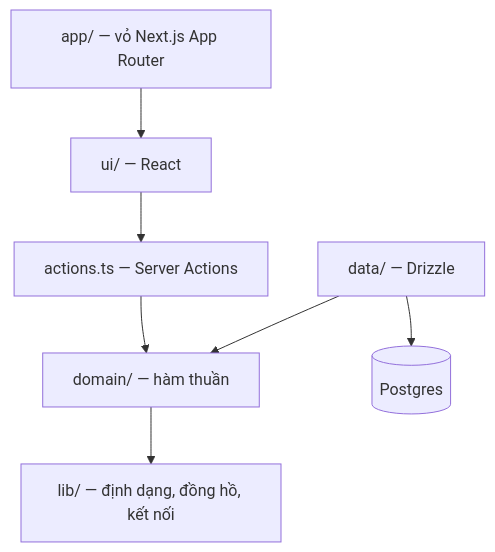
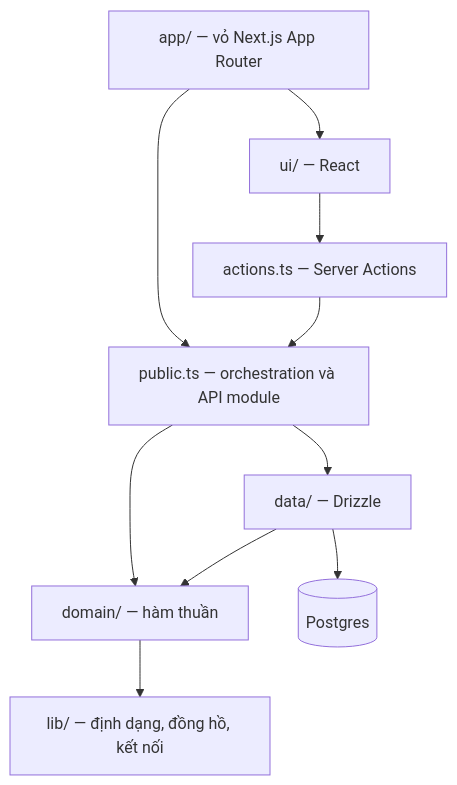
One commit to pnam55588/hannin changed the first of 3 diagrams in _bmad-output/planning-artifacts/architecture/architecture-hannin-2026-09-23/ARCHITECTURE-SPINE.md. Above: the diagram before and after it, drawn with Mermaid. The commit also changed other lines of this file and 64 other files, not shown here.

````diff
--- a/_bmad-output/planning-artifacts/architecture/architecture-hannin-2026-09-23/ARCHITECTURE-SPINE.md
+++ b/_bmad-output/planning-artifacts/architecture/architecture-hannin-2026-09-23/ARCHITECTURE-SPINE.md
@@ -22,9 +22,12 @@
 ```mermaid
 graph TD
   PAGE["app/ — vỏ Next.js App Router"] --> UI["ui/ — React"]
   UI --> ACT["actions.ts — Server Actions"]
-  ACT --> DOM["domain/ — hàm thuần"]
+  PAGE --> PUB["public.ts — orchestration và API module"]
+  ACT --> PUB
+  PUB --> DATA["data/ — Drizzle"]
+  PUB --> DOM["domain/ — hàm thuần"]
   DATA["data/ — Drizzle"] --> DOM
   DATA --> DB[("Postgres")]
   DOM --> LIB["lib/ — định dạng, đồng hồ, kết nối"]
 ```
````
